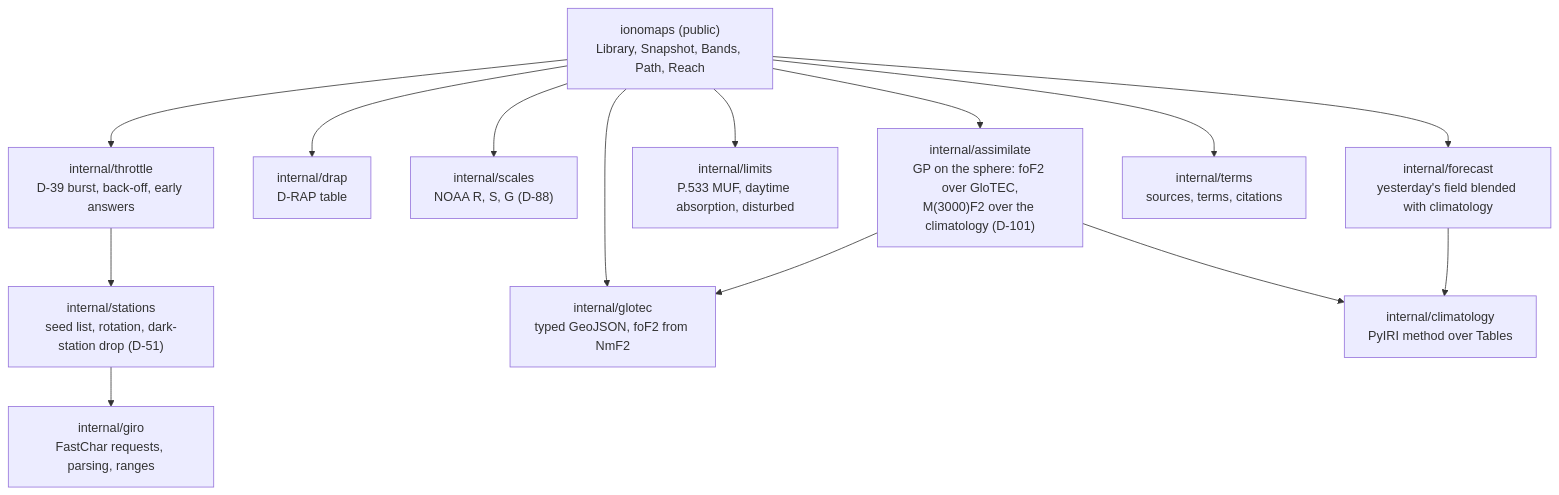
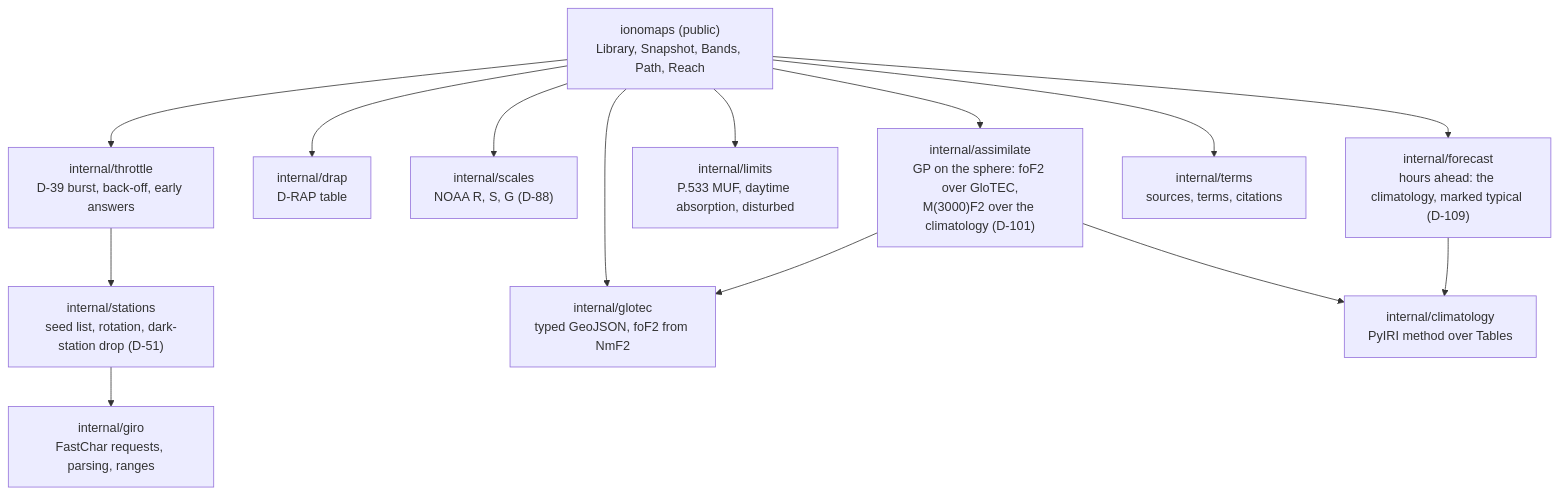
The diagram in 06_docs/02_features/go-ionomaps/03-architecture-design/design.md (branden-thompson/go-giro-data), drawn with Mermaid before and after one commit. The commit also changed other lines of this file and 4 other files, not shown here.

Commit message:
PLAN red team: D-38 restates watchpost D-109 (hours ahead are the climatology, marked typical); R-1.3, G8, the design; week.py made sound (storm days required, common pairs asserted, the shipped climatology pinned, the F10.7 window stated and bounded)

````diff
--- a/06_docs/02_features/go-ionomaps/03-architecture-design/design.md
+++ b/06_docs/02_features/go-ionomaps/03-architecture-design/design.md
@@ -19,25 +19,25 @@
 ```mermaid
 flowchart TB
   API["ionomaps (public)<br/>Library, Snapshot, Bands, Path, Reach"]
   THR["internal/throttle<br/>D-39 burst, back-off, early answers"]
   ST["internal/stations<br/>seed list, rotation, dark-station drop (D-51)"]
   GIRO["internal/giro<br/>FastChar requests, parsing, ranges"]
   GT["internal/glotec<br/>typed GeoJSON, foF2 from NmF2"]
   DR["internal/drap<br/>D-RAP table"]
   SC["internal/scales<br/>NOAA R, S, G (D-88)"]
   CL["internal/climatology<br/>PyIRI method over Tables"]
   AS["internal/assimilate<br/>GP on the sphere: foF2 over GloTEC,<br/>M(3000)F2 over the climatology (D-101)"]
   LIM["internal/limits<br/>P.533 MUF, daytime absorption, disturbed"]
-  FC["internal/forecast<br/>yesterday's field blended with climatology"]
+  FC["internal/forecast<br/>hours ahead: the climatology, marked typical (D-109)"]
   TM["internal/terms<br/>sources, terms, citations"]
   API --> THR --> ST --> GIRO
   API --> GT
   API --> DR
   API --> SC
   API --> AS
   AS --> GT
   AS --> CL
   API --> LIM
   API --> FC --> CL
   API --> TM
 ```
````
